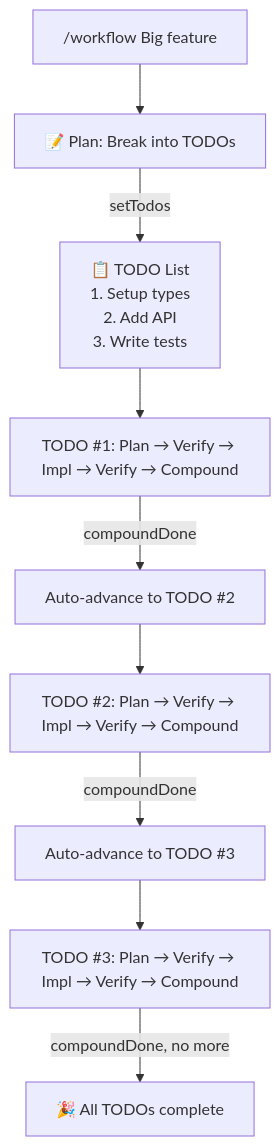
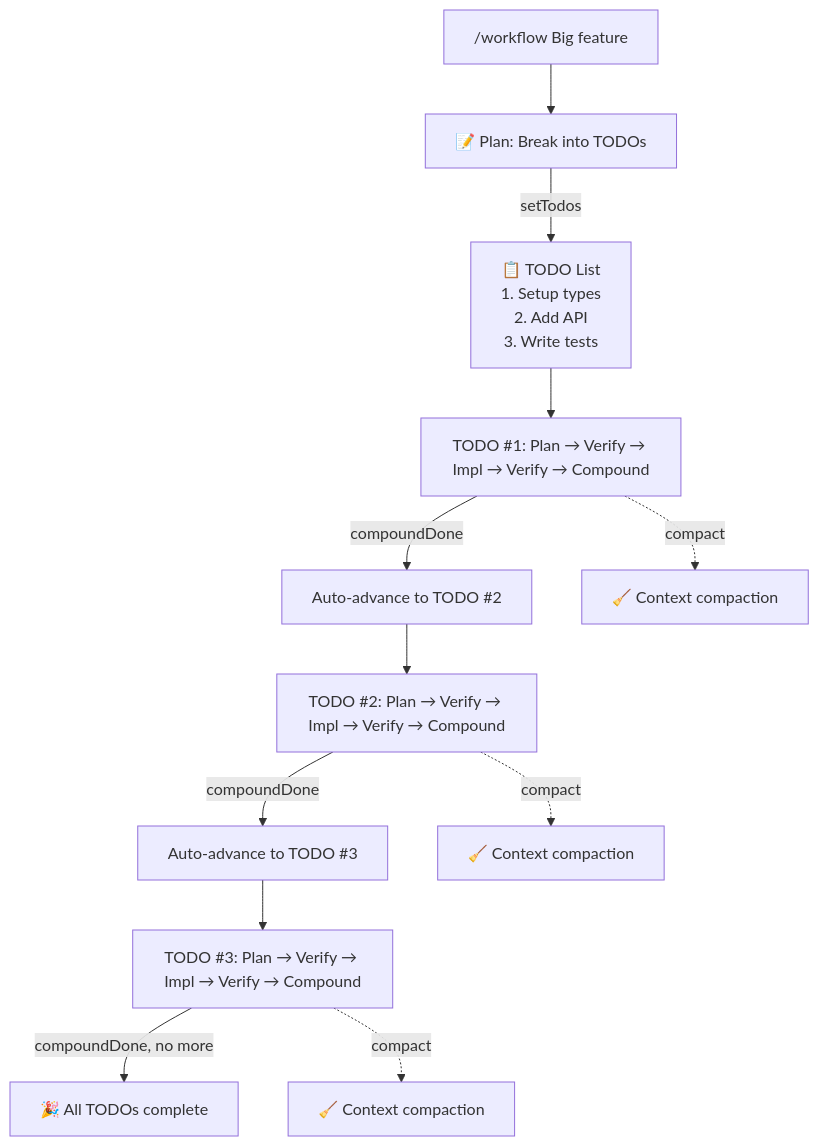
One commit to popododo0720/pi-stuff changed the third of 5 diagrams in ARCHITECTURE.md. Above: the diagram before and after it, drawn with Mermaid. The commit also changed 6 other files, not shown here.

````diff
--- a/ARCHITECTURE.md
+++ b/ARCHITECTURE.md
@@ -104,12 +104,16 @@
 ```mermaid
 flowchart TD
     START["/workflow Big feature"] --> PLAN1["📝 Plan: Break into TODOs"]
     PLAN1 -->|setTodos| TODOS["📋 TODO List<br/>1. Setup types<br/>2. Add API<br/>3. Write tests"]
     
     TODOS --> CYCLE1["TODO #1: Plan → Verify → Impl → Verify → Compound"]
     CYCLE1 -->|compoundDone| ADV1["Auto-advance to TODO #2"]
     ADV1 --> CYCLE2["TODO #2: Plan → Verify → Impl → Verify → Compound"]
     CYCLE2 -->|compoundDone| ADV2["Auto-advance to TODO #3"]
     ADV2 --> CYCLE3["TODO #3: Plan → Verify → Impl → Verify → Compound"]
     CYCLE3 -->|compoundDone, no more| DONE["🎉 All TODOs complete"]
+    
+    CYCLE1 -.->|compact| CLN1["🧹 Context compaction"]
+    CYCLE2 -.->|compact| CLN2["🧹 Context compaction"]
+    CYCLE3 -.->|compact| CLN3["🧹 Context compaction"]
 ```
````
